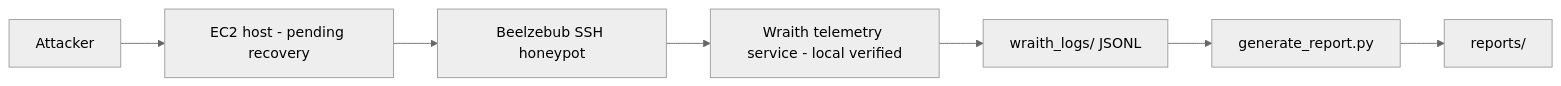
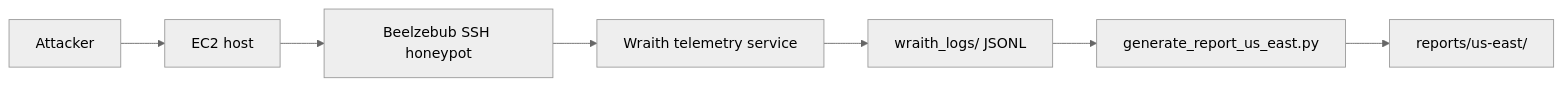
One commit to shikhar-sahay/wraith changed the diagram in docs/aws-deployment-notes.md. Above: the diagram before and after it, drawn with Mermaid (neutral theme). The commit also changed other lines of this file and 3 other files, not shown here.

````diff
--- a/docs/aws-deployment-notes.md
+++ b/docs/aws-deployment-notes.md
@@ -40,9 +40,9 @@
 ```mermaid
 flowchart LR
-    A[Attacker] --> B[EC2 host - pending recovery]
+    A[Attacker] --> B[EC2 host]
     B --> C[Beelzebub SSH honeypot]
-    C --> D[Wraith telemetry service - local verified]
+    C --> D[Wraith telemetry service]
     D --> E[wraith_logs/ JSONL]
-    E --> F[generate_report.py]
-    F --> G[reports/]
+    E --> F[generate_report_us_east.py]
+    F --> G[reports/us-east/]
 ```
````
